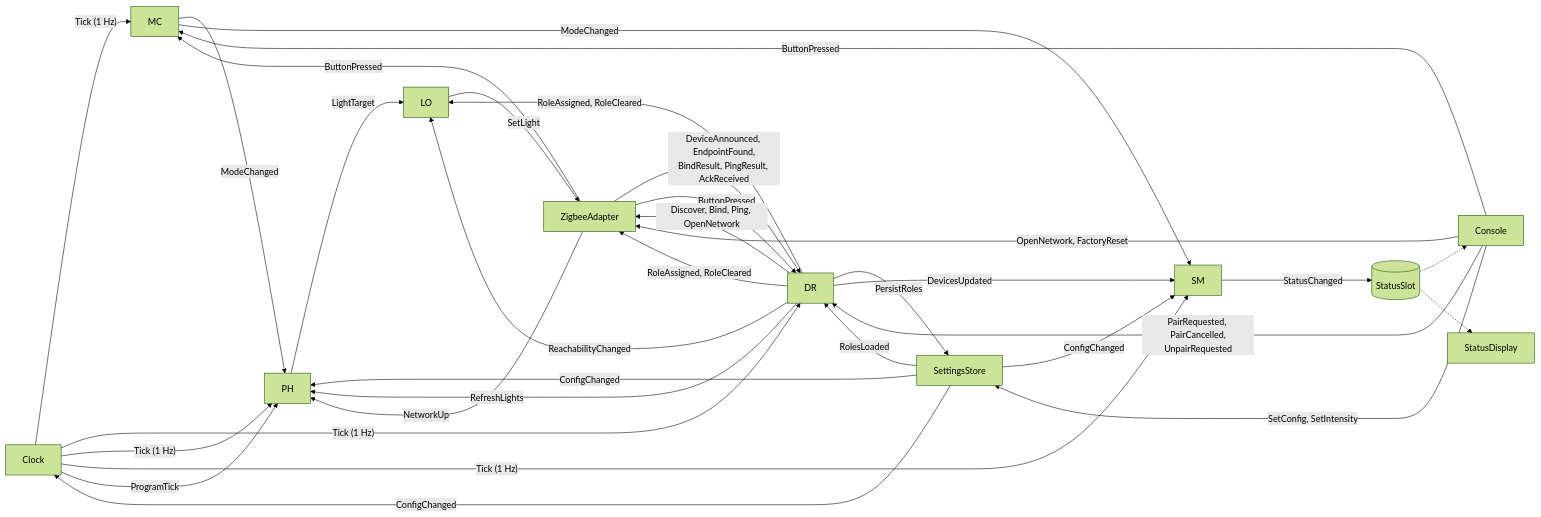
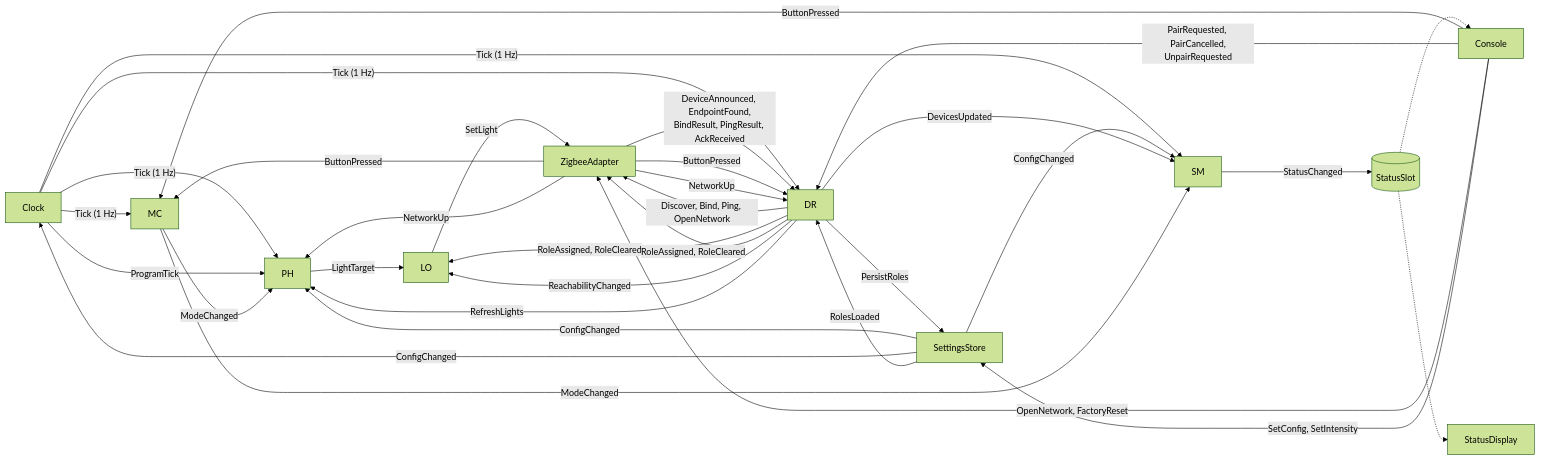
One commit to bjerre/sunsim changed the third of 5 diagrams in EVENT_DESIGN.md. Above: the diagram before and after it, drawn with Mermaid (forest theme). The commit also changed other lines of this file and 10 other files, not shown here.

````diff
--- a/EVENT_DESIGN.md
+++ b/EVENT_DESIGN.md
@@ -113,31 +113,31 @@
 ```mermaid
 flowchart LR
     CK[Clock] -->|"Tick (1 Hz)"| MC & DR & PH & SM
     CK -->|ProgramTick| PH
 
     ST[SettingsStore] -->|ConfigChanged| PH & SM & CK
     ST -->|RolesLoaded| DR
 
     ZA[ZigbeeAdapter] -->|DeviceAnnounced, EndpointFound,<br/>BindResult, PingResult, AckReceived| DR
     ZA -->|ButtonPressed| MC & DR
-    ZA -->|NetworkUp| PH
+    ZA -->|NetworkUp| PH & DR
     CO[Console] -->|ButtonPressed| MC
     CO -->|PairRequested, PairCancelled,<br/>UnpairRequested| DR
     CO -->|OpenNetwork, FactoryReset| ZA
     CO -->|SetConfig, SetIntensity| ST
 
     DR -->|Discover, Bind, Ping, OpenNetwork| ZA
     DR -->|PersistRoles| ST
     DR -->|RoleAssigned, RoleCleared| LO & ZA
     DR -->|ReachabilityChanged| LO
     DR -->|RefreshLights| PH
     DR -->|DevicesUpdated| SM
 
     MC -->|ModeChanged| PH & SM
 
     PH -->|LightTarget| LO
     LO -->|SetLight| ZA
 
     SM -->|StatusChanged| SLOT[("StatusSlot")]
     SLOT -.-> CO & DI[StatusDisplay]
 ```
````
